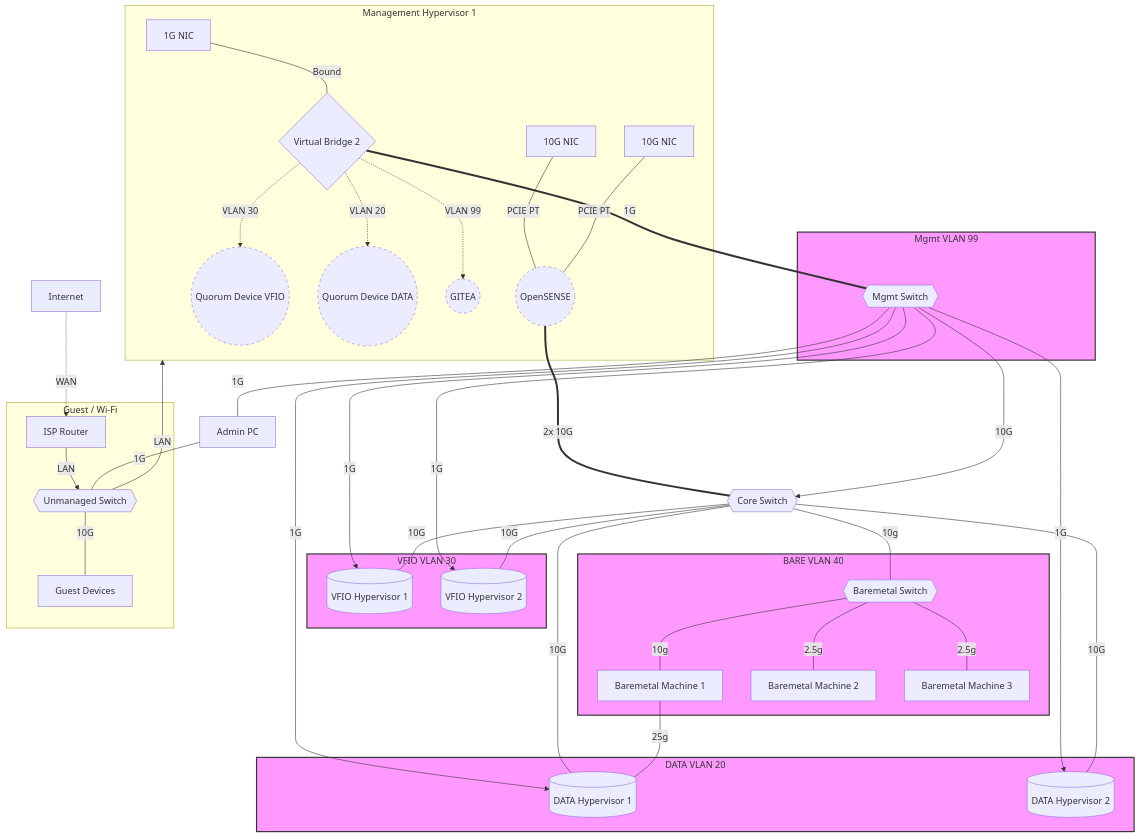
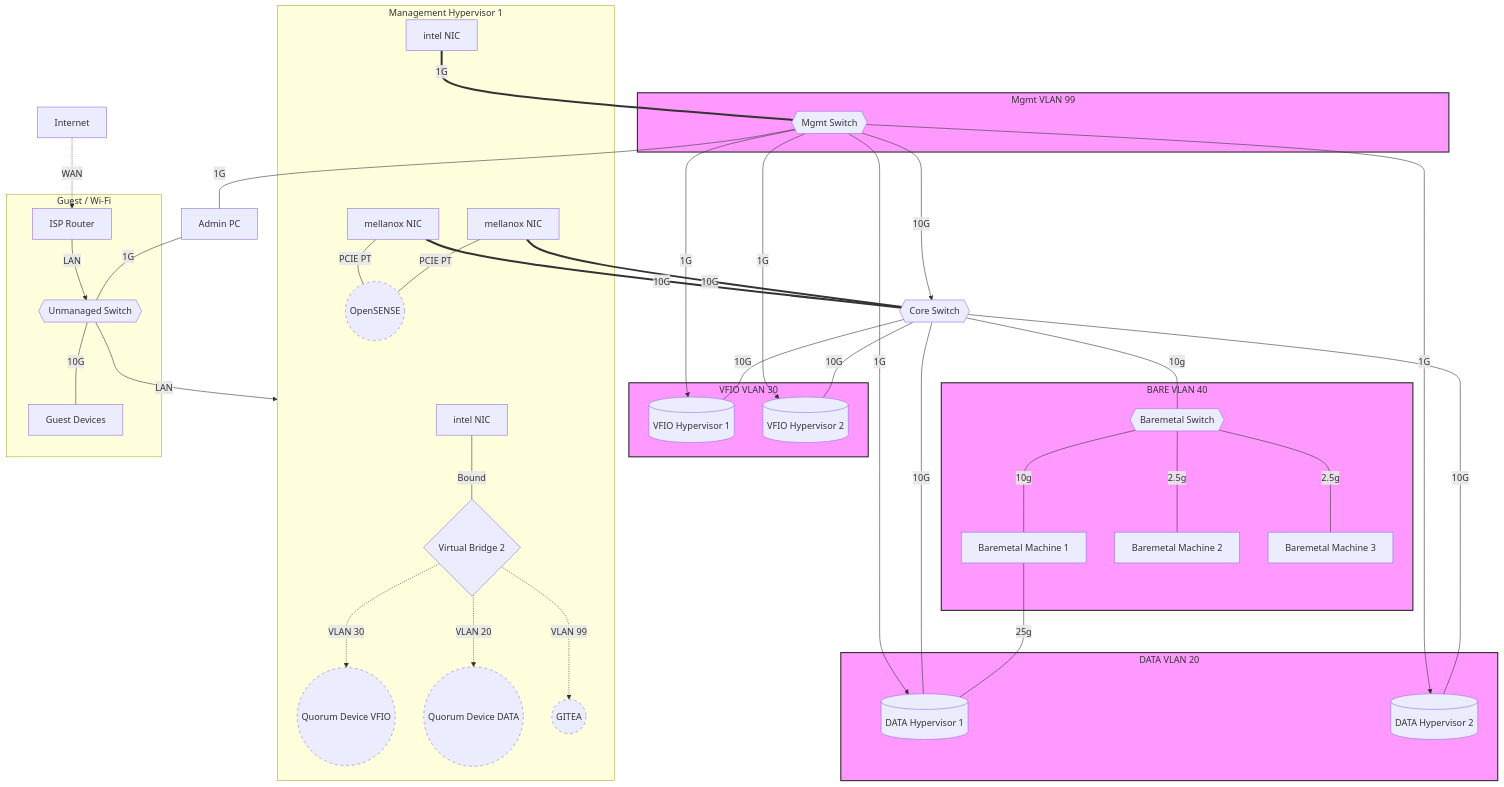
One commit to woeiru/lab changed the diagram in alp/netop.md. Above: the diagram before and after it, drawn with Mermaid.

Commit message:
standard

````diff
--- a/alp/netop.md
+++ b/alp/netop.md
@@ -3,76 +3,78 @@
 ```mermaid
 graph TD
     subgraph MH1[Management Hypervisor 1]
-        MH1NIC1[1G NIC]
-        MH1NIC2[10G NIC]
-        MH1NIC3[10G NIC]
-        MH1NIC2 ---|"PCIE PT"| OPN
+        MH1NIC1[intel NIC]
+        MH1NIC2[intel NIC]
+        MH1NIC3[mellanox NIC]
+        MH1NIC4[mellanox NIC]
         MH1NIC3 ---|"PCIE PT"| OPN
+        MH1NIC4 ---|"PCIE PT"| OPN
         VB2{Virtual Bridge 2}
         MH1NIC1 ---|"Bound"| VB2
         OPN((OpenSENSE))
         QDV((Quorum Device VFIO))
         QDD((Quorum Device DATA))
         GIT((GITEA))
     end
 
     INT[Internet] -.-> |WAN| ISPR[ISP Router]
     ISPR --> |LAN| US{{Unmanaged Switch}}
     US --> |LAN| MH1
     US ---|"10G"| GD[Guest Devices]
 
     MS{{Mgmt Switch}} ---|"1G"| APC[Admin PC]
     APC ---|"1G"| US
 
-    VB2 ===|"1G"| MS
-    OPN ===|"2x 10G"| CS{{Core Switch}}
+    MH1NIC2 ===|"1G"| MS
+    MH1NIC3 ===|"10G"| CS{{Core Switch}}
+    MH1NIC4 ===|"10G"| CS{{Core Switch}}
 
     MS --->|"10G"| CS
     MS --->|"1G"| DH1
     MS --->|"1G"| DH2
     MS --->|"1G"| VH1
     MS --->|"1G"| VH2
 
     CS ---|"10G"| DH1[(DATA Hypervisor 1)]
     CS ---|"10G"| DH2[(DATA Hypervisor 2)]
     CS ---|"10G"| VH1[(VFIO Hypervisor 1)]
     CS ---|"10G"| VH2[(VFIO Hypervisor 2)]
 
     CS ---|"10g"| BMS{{Baremetal Switch}}
     BMS ---|"10g"| BM1[Baremetal Machine 1]
     BM1 ---|"25g"| DH1
     BMS ---|"2.5g"| BM2[Baremetal Machine 2]
     BMS ---|"2.5g"| BM3[Baremetal Machine 3]
 
     subgraph VLAN20 [DATA VLAN 20]
         DH1
         DH2
     end
     subgraph VLAN30 [VFIO VLAN 30]
         VH1
         VH2
     end
     subgraph VLAN40 [BARE VLAN 40]
         BMS
         BM1 
         BM2 
         BM3 
     end
     subgraph VLAN99 [Mgmt VLAN 99]
         MS
     end
     subgraph Guest [Guest / Wi-Fi]
         ISPR
         GD
         US
     end
 
     VB2 -.->|VLAN 20| QDD
     VB2 -.->|VLAN 30| QDV
     VB2 -.->|VLAN 99| GIT
 
     classDef punctuated stroke-dasharray: 5 5;
     class GIT,QDV,QDD,OPN punctuated;
     classDef vlan fill:#f9f,stroke:#333,stroke-width:2px;
     class VLAN20,VLAN30,VLAN40,VLAN99 vlan;
 ```
````
